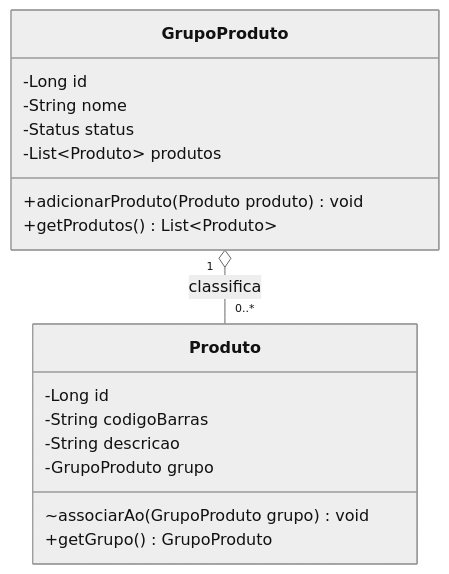
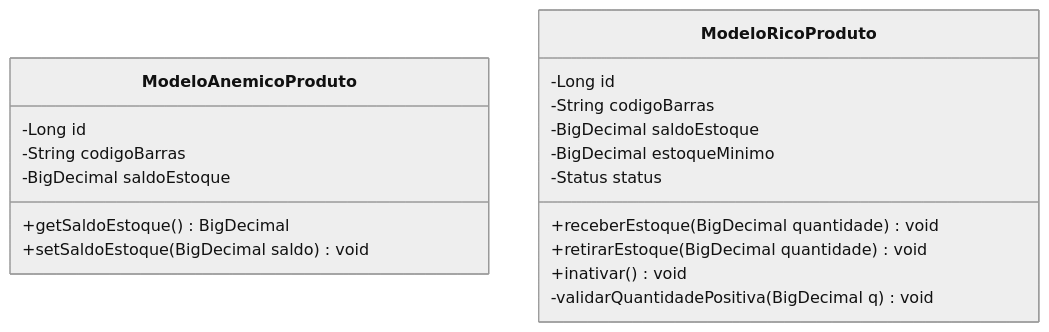
The third of 9 diagrams in 4º Semestre/[Prof. Jefferson Passerini] Laboratório de Programação IV/Resumos-IA/Simulados-Comentados.md (murilolol/unifef), drawn with Mermaid (neutral theme) before and after one commit. The commit also changed other lines of this file and 40 other files, not shown here.

````diff
--- a/4º Semestre/[Prof. Jefferson Passerini] Laboratório de Programação IV/Resumos-IA/Simulados-Comentados.md
+++ b/4º Semestre/[Prof. Jefferson Passerini] Laboratório de Programação IV/Resumos-IA/Simulados-Comentados.md
@@ -207,20 +170,22 @@
 ```mermaid
 classDiagram
-    class GrupoProduto {
-        -Long id
-        -String nome
-        -Status status
-        -List~Produto~ produtos
-        +adicionarProduto(Produto produto) void
-        +getProdutos() List~Produto~
-    }
-    class Produto {
-        -Long id
-        -String codigoBarras
-        -String descricao
-        -GrupoProduto grupo
-        ~associarAo(GrupoProduto grupo) void
-        +getGrupo() GrupoProduto
-    }
-    GrupoProduto "1" o-- "0..*" Produto : classifica
+ class ModeloAnemicoProduto {
+ -Long id
+ -String codigoBarras
+ -BigDecimal saldoEstoque
+ +getSaldoEstoque() BigDecimal
+ +setSaldoEstoque(BigDecimal saldo) void
+ }
+
+ class ModeloRicoProduto {
+ -Long id
+ -String codigoBarras
+ -BigDecimal saldoEstoque
+ -BigDecimal estoqueMinimo
+ -Status status
+ +receberEstoque(BigDecimal quantidade) void
+ +retirarEstoque(BigDecimal quantidade) void
+ +inativar() void
+ -validarQuantidadePositiva(BigDecimal q) void
+ }
 ```
````
